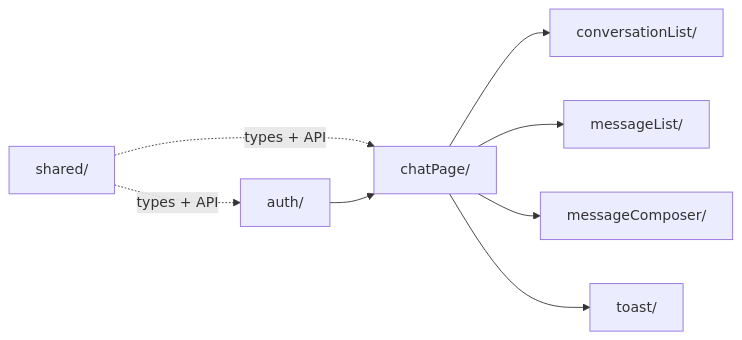
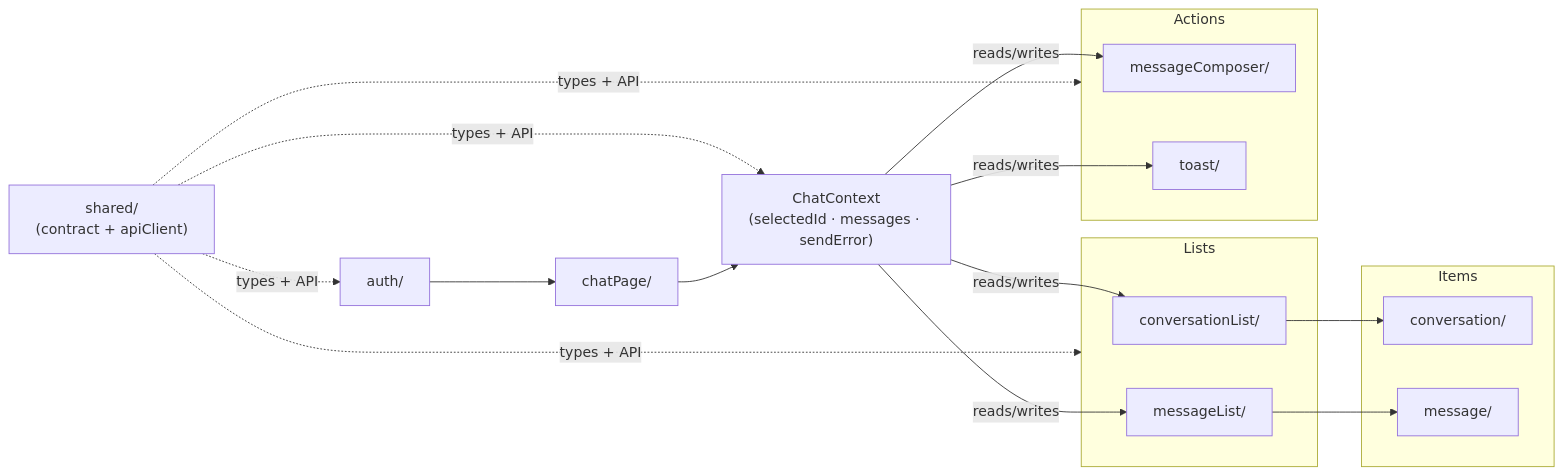
The diagram in README.md (michael-nagen/chat-mvp), drawn with Mermaid before and after one commit. The commit also changed other lines of this file and 10 other files, not shown here.

````diff
--- a/README.md
+++ b/README.md
@@ -25,20 +25,38 @@
 ```mermaid
 flowchart LR
-    shared["shared/"]
+    shared["shared/\n(contract + apiClient)"]
     auth["auth/"]
+    chatContext["ChatContext\n(selectedId · messages · sendError)"]
     chatPage["chatPage/"]
-    conversationList["conversationList/"]
-    messageList["messageList/"]
-    messageComposer["messageComposer/"]
-    toast["toast/"]
+
+    subgraph Lists["Lists"]
+        conversationList["conversationList/"]
+        messageList["messageList/"]
+    end
+
+    subgraph Items["Items"]
+        conversation["conversation/"]
+        message["message/"]
+    end
+
+    subgraph Actions["Actions"]
+        messageComposer["messageComposer/"]
+        toast["toast/"]
+    end
 
     shared -. "types + API" .-> auth
-    shared -. "types + API" .-> chatPage
+    shared -. "types + API" .-> chatContext
+    shared -. "types + API" .-> Lists
+    shared -. "types + API" .-> Actions
 
     auth --> chatPage
+    chatPage --> chatContext
 
-    chatPage --> conversationList
-    chatPage --> messageList
-    chatPage --> messageComposer
-    chatPage --> toast
+    chatContext -- "reads/writes" --> conversationList
+    chatContext -- "reads/writes" --> messageList
+    chatContext -- "reads/writes" --> messageComposer
+    chatContext -- "reads/writes" --> toast
+
+    conversationList --> conversation
+    messageList --> message
 ```
````
